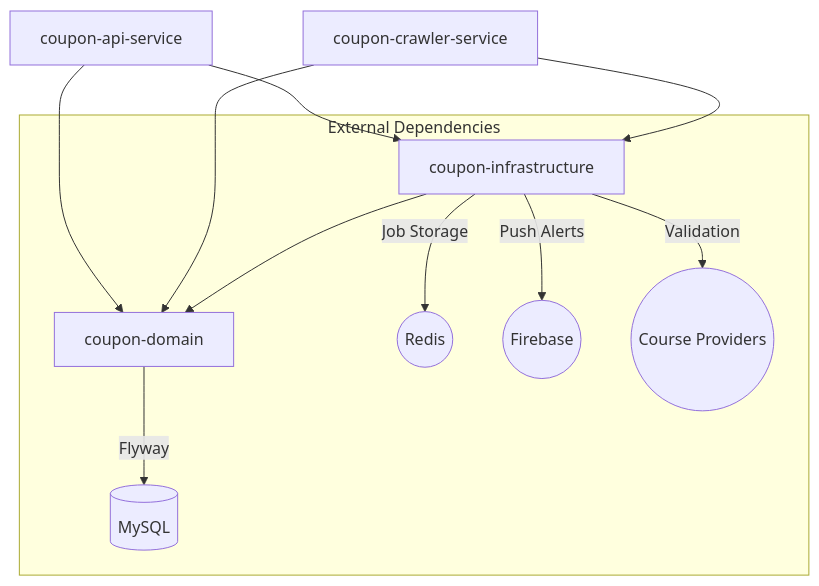
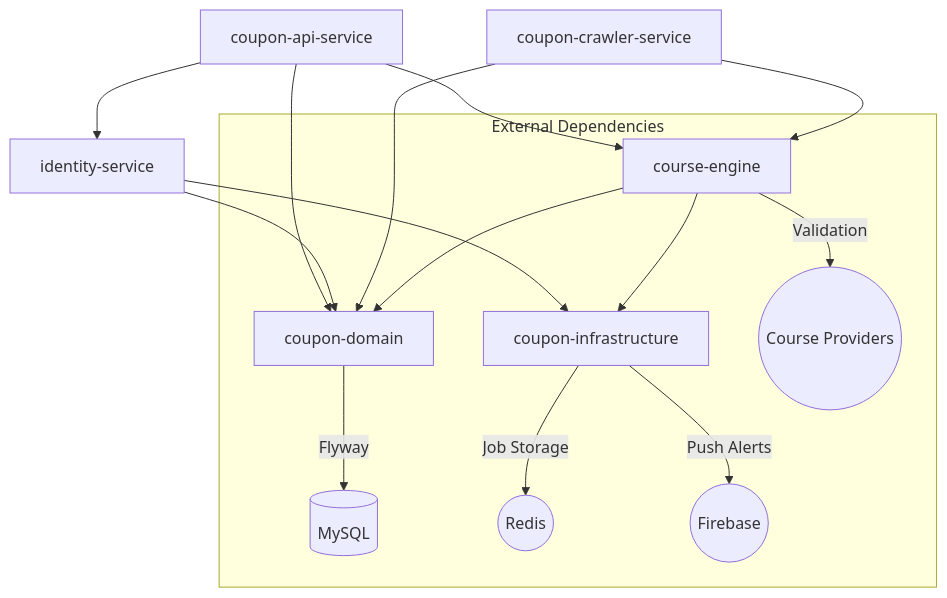
The diagram in docs/getting-started.md (Huythanh0x/udemy_coupon_server_java_spring), drawn with Mermaid before and after one commit. The commit also changed other lines of this file and 2 other files, not shown here.

Commit message:
docs: update architecture and module definitions for service decoupling
- Introduce `course-engine` module to handle scraping logic and external API clients.
- Introduce `identity-service` module to manage authentication, social auth, and passkeys.
- Refactor `coupon-infrastructure` to focus on generic technical services like Redis and FCM.
- Update `coupon-api-service` and `coupon-crawler-service` descriptions to reflect narrowed responsibilities.
- Update architectural diagrams and implementation touchpoints in documentation.

````diff
--- a/docs/getting-started.md
+++ b/docs/getting-started.md
@@ -6,17 +6,22 @@
 ```mermaid
 graph TD
     API[coupon-api-service] --> Domain[coupon-domain]
-    API --> Infra[coupon-infrastructure]
+    API --> Engine[course-engine]
+    API --> ID[identity-service]
     
-    Crawler[coupon-crawler-service] --> Domain
-    Crawler --> Infra
+    ID --> Domain
+    ID --> Infra[coupon-infrastructure]
     
-    Infra --> Domain
+    Crawler[coupon-crawler-service] --> Engine
+    Crawler --> Domain
+    
+    Engine --> Infra
+    Engine --> Domain
     
     subgraph "External Dependencies"
         Domain -- "Flyway" --> MySQL[(MySQL)]
         Infra -- "Job Storage" --> Redis((Redis))
         Infra -- "Push Alerts" --> FCM((Firebase))
-        Infra -- "Validation" --> Ext((Course Providers))
+        Engine -- "Validation" --> Ext((Course Providers))
     end
 ```
````
